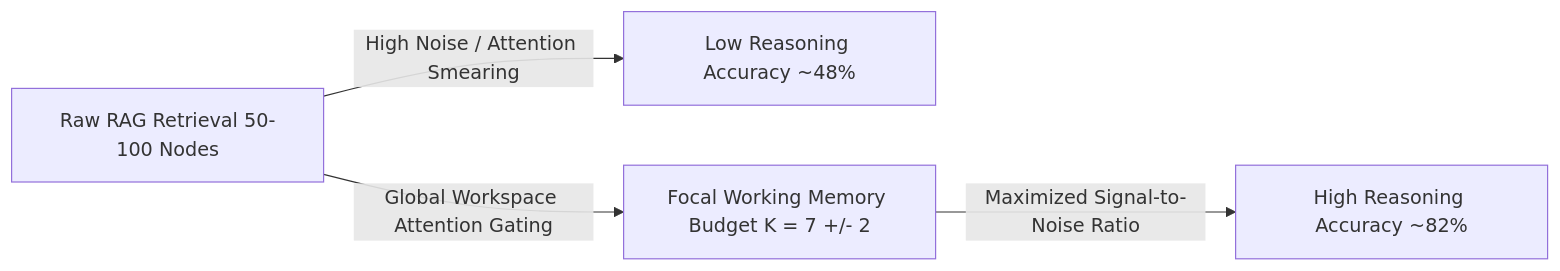
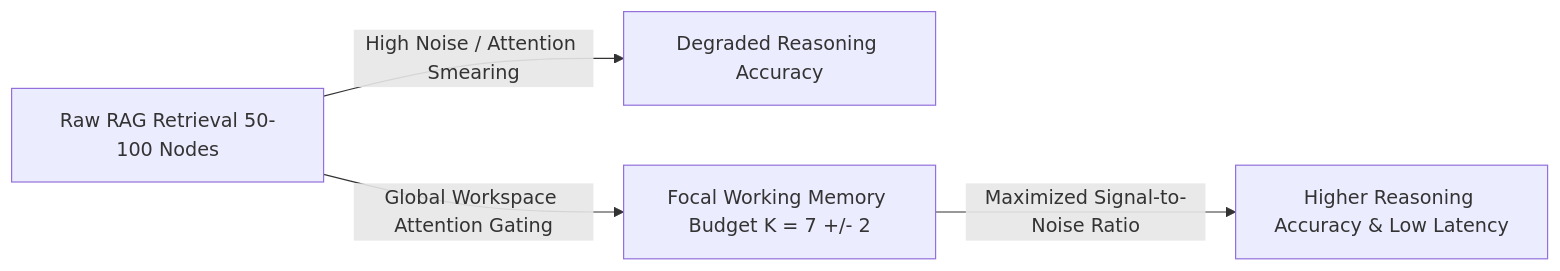
One commit to laurentalsina/gllam changed the diagram in design/working_memory_capacity_analysis.md. Above: the diagram before and after it, drawn with Mermaid. The commit also changed other lines of this file and 10 other files, not shown here.

````diff
--- a/design/working_memory_capacity_analysis.md
+++ b/design/working_memory_capacity_analysis.md
@@ -24,6 +24,6 @@
 ```mermaid
 flowchart LR
-    Unfiltered[Raw RAG Retrieval 50-100 Nodes] -->|High Noise / Attention Smearing| LowAcc[Low Reasoning Accuracy ~48%]
+    Unfiltered[Raw RAG Retrieval 50-100 Nodes] -->|High Noise / Attention Smearing| LowAcc[Degraded Reasoning Accuracy]
     Unfiltered -->|Global Workspace Attention Gating| Gated[Focal Working Memory Budget K = 7 +/- 2]
-    Gated -->|Maximized Signal-to-Noise Ratio| HighAcc[High Reasoning Accuracy ~82%]
+    Gated -->|Maximized Signal-to-Noise Ratio| HighAcc[Higher Reasoning Accuracy & Low Latency]
 ```
````
